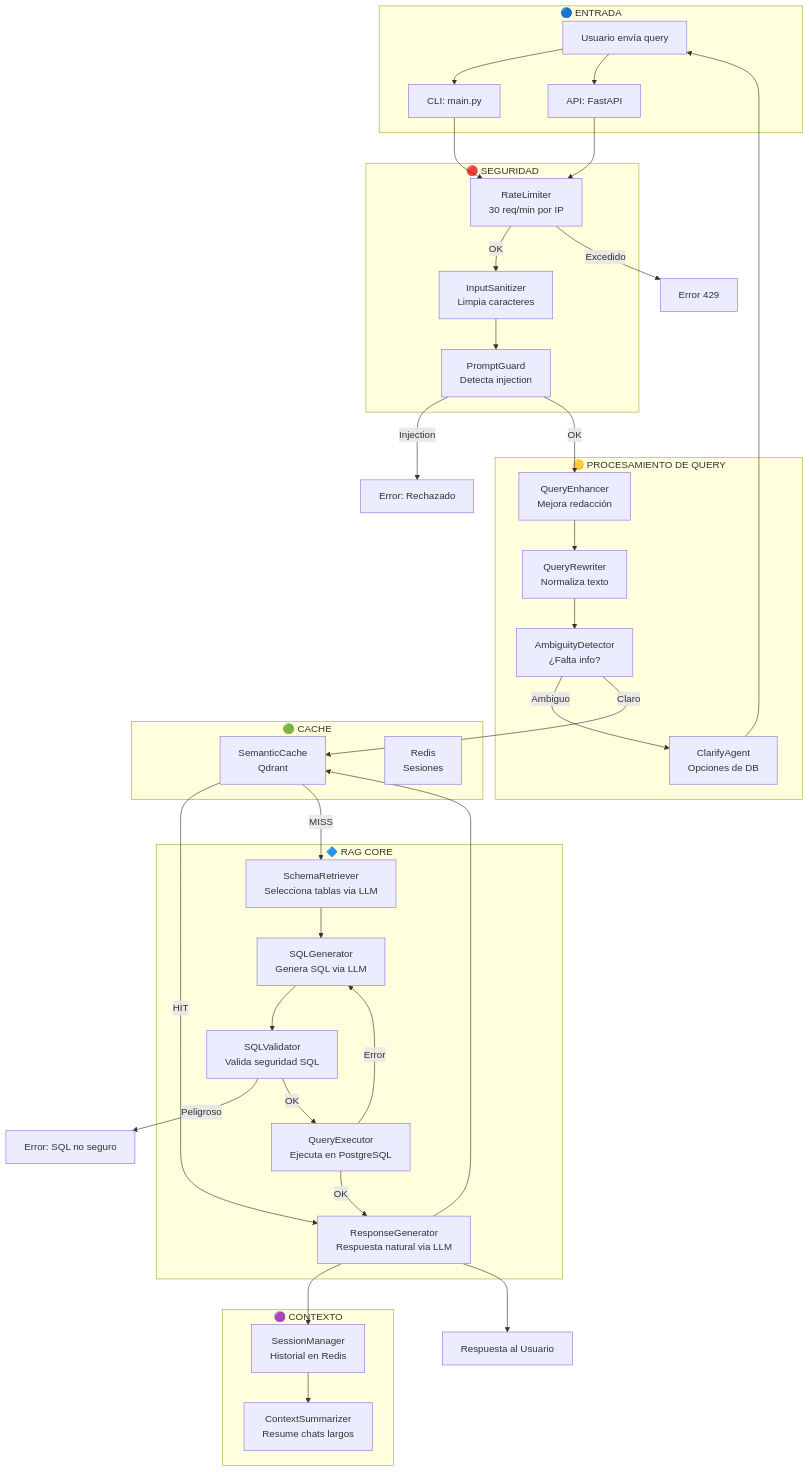
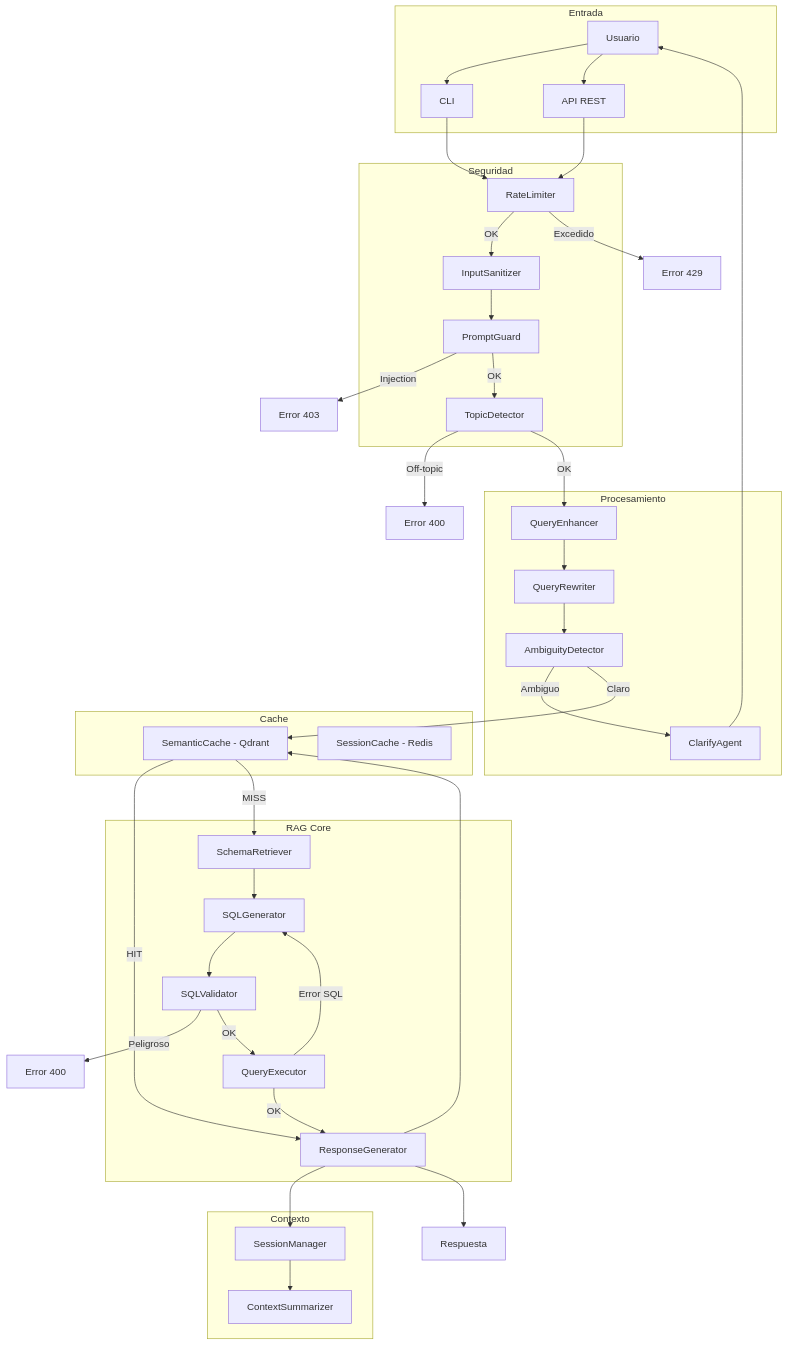
One commit to ander0code/rag_sql changed the first of 2 diagrams in docs/flujos_rag.md. Above: the diagram before and after it, drawn with Mermaid. The commit also changed other lines of this file and 73 other files, not shown here.

````diff
--- a/docs/flujos_rag.md
+++ b/docs/flujos_rag.md
@@ -5,64 +15,67 @@
 ```mermaid
 flowchart TD
-    subgraph ENTRADA["🔵 ENTRADA"]
-        U[Usuario envía query]
-        CLI[CLI: main.py]
-        API[API: FastAPI]
+    subgraph entrada[Entrada]
+        U[Usuario]
+        CLI[CLI]
+        API[API REST]
     end
 
-    subgraph SEGURIDAD["🔴 SEGURIDAD"]
-        RL[RateLimiter<br/>30 req/min por IP]
-        IS[InputSanitizer<br/>Limpia caracteres]
-        PG[PromptGuard<br/>Detecta injection]
+    subgraph seguridad[Seguridad]
+        RL[RateLimiter]
+        IS[InputSanitizer]
+        PG[PromptGuard]
+        TD[TopicDetector]
     end
 
-    subgraph PROCESAMIENTO["🟡 PROCESAMIENTO DE QUERY"]
-        QE[QueryEnhancer<br/>Mejora redacción]
-        QR[QueryRewriter<br/>Normaliza texto]
-        AD[AmbiguityDetector<br/>¿Falta info?]
-        CA[ClarifyAgent<br/>Opciones de DB]
+    subgraph procesamiento[Procesamiento]
+        QE[QueryEnhancer]
+        QR[QueryRewriter]
+        AD[AmbiguityDetector]
+        CA[ClarifyAgent]
     end
 
-    subgraph CACHE["🟢 CACHE"]
-        SC[SemanticCache<br/>Qdrant]
-        RC[Redis<br/>Sesiones]
+    subgraph cache[Cache]
+        SC[SemanticCache - Qdrant]
+        RC[SessionCache - Redis]
     end
 
-    subgraph RAG["🔷 RAG CORE"]
-        SR[SchemaRetriever<br/>Selecciona tablas via LLM]
-        SG[SQLGenerator<br/>Genera SQL via LLM]
-        SV[SQLValidator<br/>Valida seguridad SQL]
-        QX[QueryExecutor<br/>Ejecuta en PostgreSQL]
-        RG[ResponseGenerator<br/>Respuesta natural via LLM]
+    subgraph rag[RAG Core]
+        SR[SchemaRetriever]
+        SG[SQLGenerator]
+        SV[SQLValidator]
+        QX[QueryExecutor]
+        RG[ResponseGenerator]
     end
 
-    subgraph CONTEXTO["🟣 CONTEXTO"]
-        SM[SessionManager<br/>Historial en Redis]
-        CS[ContextSummarizer<br/>Resume chats largos]
+    subgraph contexto[Contexto]
+        SM[SessionManager]
+        CS[ContextSummarizer]
     end
 
     U --> CLI & API
     CLI & API --> RL
     RL -->|OK| IS
     RL -->|Excedido| E1[Error 429]
     IS --> PG
-    PG -->|Injection| E2[Error: Rechazado]
-    PG -->|OK| QE
+    PG -->|Injection| E2[Error 403]
+    PG -->|OK| TD
+    TD -->|Off-topic| E4[Error 400]
+    TD -->|OK| QE
     QE --> QR
     QR --> AD
     AD -->|Ambiguo| CA
     CA --> U
     AD -->|Claro| SC
     SC -->|HIT| RG
     SC -->|MISS| SR
     SR --> SG
     SG --> SV
-    SV -->|Peligroso| E3[Error: SQL no seguro]
+    SV -->|Peligroso| E3[Error 400]
     SV -->|OK| QX
-    QX -->|Error| SG
+    QX -->|Error SQL| SG
     QX -->|OK| RG
     RG --> SC
     RG --> SM
     SM --> CS
-    RG --> R[Respuesta al Usuario]
+    RG --> R[Respuesta]
 ```
````
